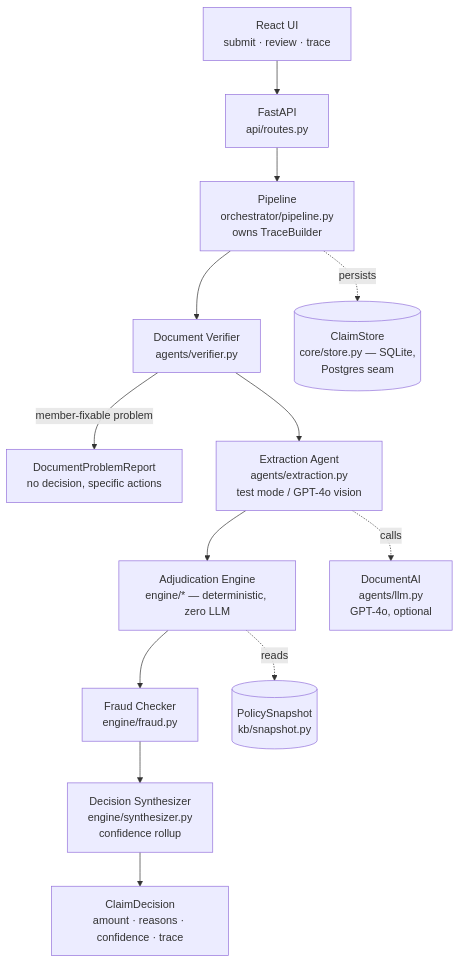
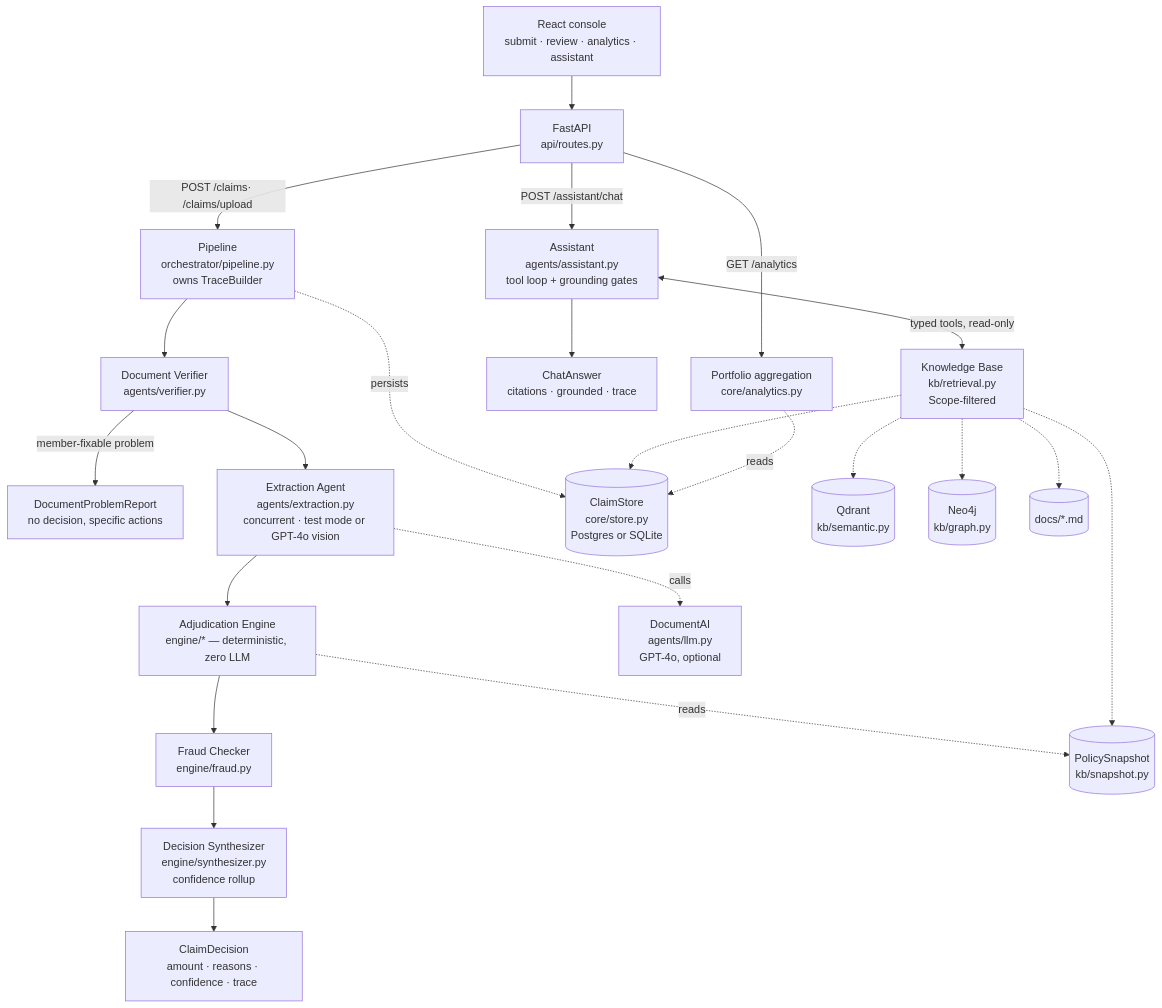
Before and after one commit to Rn-sripathi/plum: the diagram in docs/ARCHITECTURE.md, drawn with Mermaid. The commit also changed other lines of this file and 8 other files, not shown here.

````diff
--- a/docs/ARCHITECTURE.md
+++ b/docs/ARCHITECTURE.md
@@ -30,15 +34,28 @@
 ```mermaid
 flowchart TD
-    UI[React UI\nsubmit · review · trace] --> API[FastAPI\napi/routes.py]
-    API --> P[Pipeline\norchestrator/pipeline.py\nowns TraceBuilder]
+    UI[React console\nsubmit · review · analytics · assistant] --> API[FastAPI\napi/routes.py]
+
+    API -->|POST /claims· /claims/upload| P[Pipeline\norchestrator/pipeline.py\nowns TraceBuilder]
     P --> V[Document Verifier\nagents/verifier.py]
     V -->|member-fixable problem| STOP[DocumentProblemReport\nno decision, specific actions]
-    V --> X[Extraction Agent\nagents/extraction.py\ntest mode / GPT-4o vision]
+    V --> X[Extraction Agent\nagents/extraction.py\nconcurrent · test mode or GPT-4o vision]
     X --> A[Adjudication Engine\nengine/* — deterministic, zero LLM]
     A --> F[Fraud Checker\nengine/fraud.py]
     F --> S[Decision Synthesizer\nengine/synthesizer.py\nconfidence rollup]
     S --> OUT[ClaimDecision\namount · reasons · confidence · trace]
-    A -.reads.-> KB[(PolicySnapshot\nkb/snapshot.py)]
+
+    API -->|POST /assistant/chat| AS[Assistant\nagents/assistant.py\ntool loop + grounding gates]
+    AS <-->|typed tools, read-only| RKB[Knowledge Base\nkb/retrieval.py\nScope-filtered]
+    AS --> ANS[ChatAnswer\ncitations · grounded · trace]
+    API -->|GET /analytics| AN[Portfolio aggregation\ncore/analytics.py]
+
+    A -.reads.-> SNAP[(PolicySnapshot\nkb/snapshot.py)]
     X -.calls.-> LLM[DocumentAI\nagents/llm.py\nGPT-4o, optional]
-    P -.persists.-> DB[(ClaimStore\ncore/store.py — SQLite,\nPostgres seam)]
+    P -.persists.-> DB[(ClaimStore\ncore/store.py\nPostgres or SQLite)]
+    RKB -.-> SNAP
+    RKB -.-> VEC[(Qdrant\nkb/semantic.py)]
+    RKB -.-> GR[(Neo4j\nkb/graph.py)]
+    RKB -.-> DB
+    RKB -.-> DOCS[(docs/*.md)]
+    AN -.reads.-> DB
 ```
````
